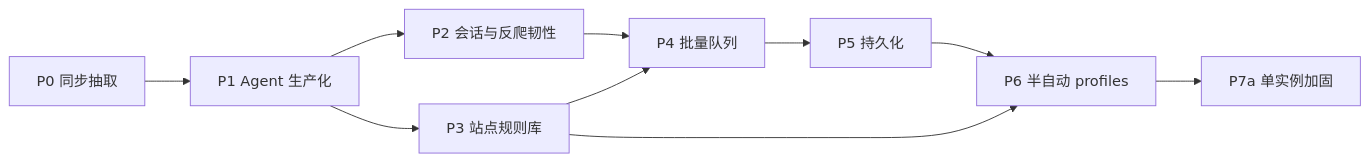
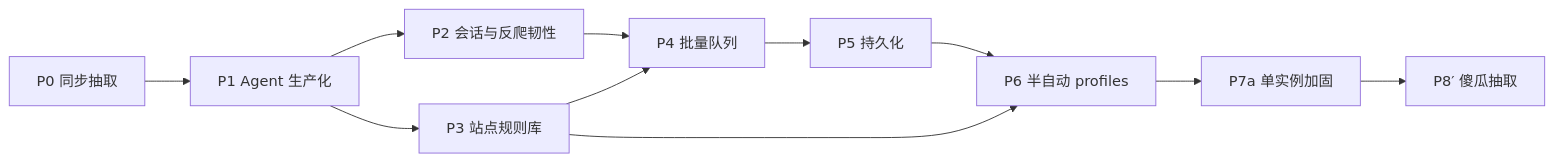
One commit to Ever12349/arachne changed the diagram in docs/DESIGN.md. Above: the diagram before and after it, drawn with Mermaid. The commit also changed other lines of this file and 20 other files, not shown here.

````diff
--- a/docs/DESIGN.md
+++ b/docs/DESIGN.md
@@ -693,12 +710,13 @@
 ```mermaid
 flowchart LR
   P0[P0 同步抽取] --> P1[P1 Agent 生产化]
   P1 --> P2[P2 会话与反爬韧性]
   P1 --> P3[P3 站点规则库]
   P2 --> P4[P4 批量队列]
   P3 --> P4
   P4 --> P5[P5 持久化]
   P3 --> P6[P6 半自动 profiles]
   P5 --> P6
   P6 --> P7[P7a 单实例加固]
+  P7 --> P8[P8′ 傻瓜抽取]
 ```
````
